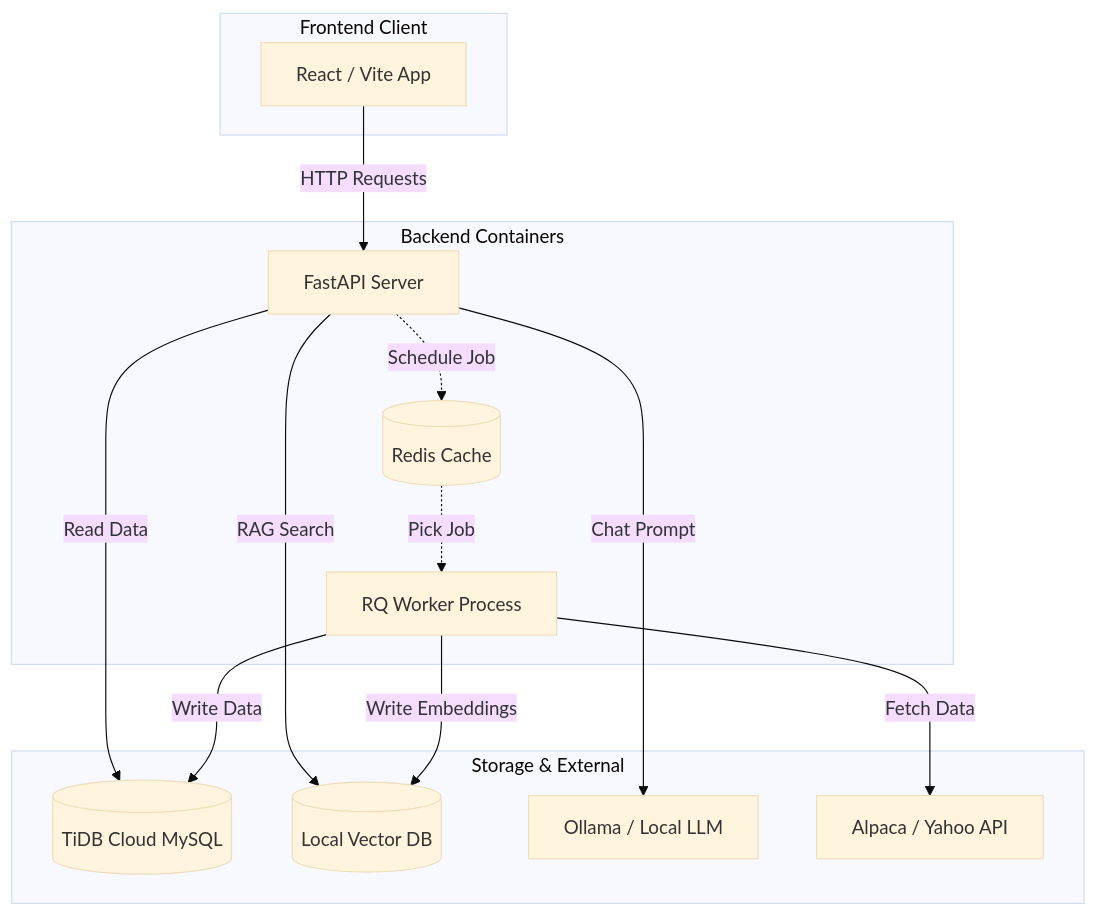
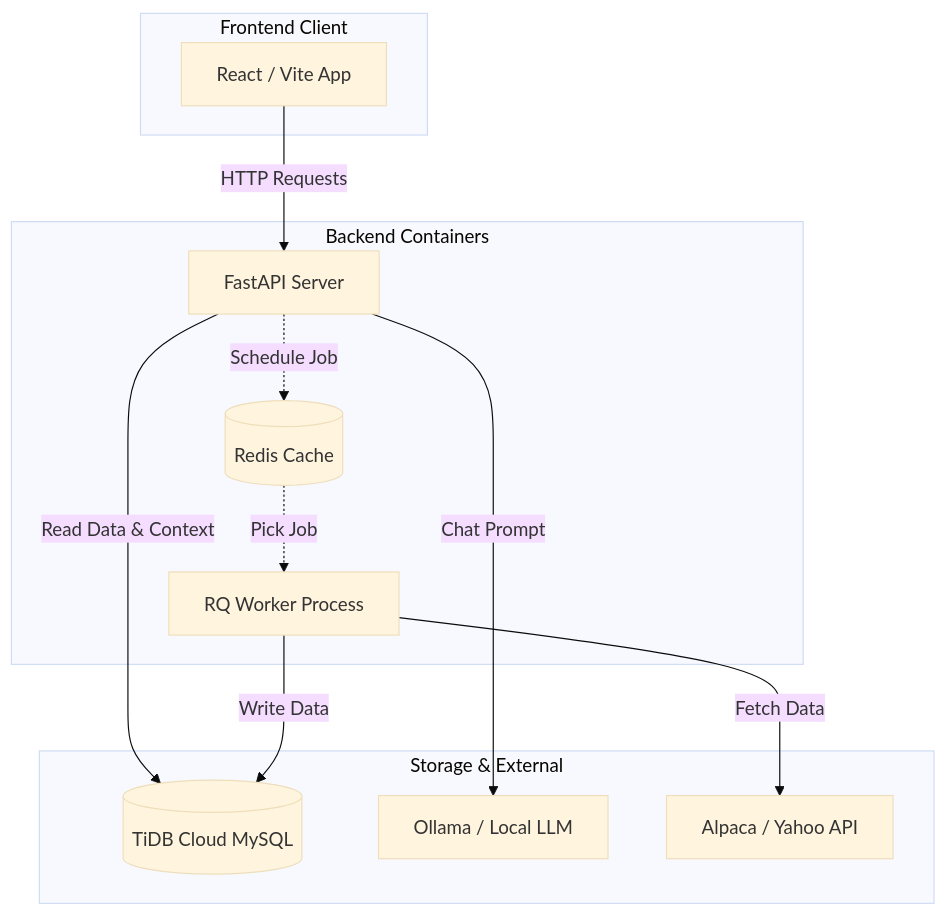
The first of 3 diagrams in Readme.md (parshwa1809/Agentic-Financial-Analyst), drawn with Mermaid (base theme) before and after one commit. The commit also changed other lines of this file, not shown here.

`````diff
--- a/Readme.md
+++ b/Readme.md
@@ -34,31 +34,28 @@
 ```mermaid
 graph TD
     subgraph Client_Side [Frontend Client]
         UI[React / Vite App]
     end
 
     subgraph Backend_Services [Backend Containers]
         API[FastAPI Server]
         Worker[RQ Worker Process]
         Redis[(Redis Cache)]
     end
 
     subgraph Data_Layer [Storage & External]
         TiDB[(TiDB Cloud MySQL)]
-        FAISS[(Local Vector DB)]
         Ollama[Ollama / Local LLM]
         Alpaca[Alpaca / Yahoo API]
     end
 
     UI -->|HTTP Requests| API
-    API -->|Read Data| TiDB
-    API -->|RAG Search| FAISS
+    API -->|Read Data & Context| TiDB
     API -->|Chat Prompt| Ollama
     
     API -.->|Schedule Job| Redis
     Redis -.->|Pick Job| Worker
     
     Worker -->|Fetch Data| Alpaca
     Worker -->|Write Data| TiDB
-    Worker -->|Write Embeddings| FAISS
 ````
`````
